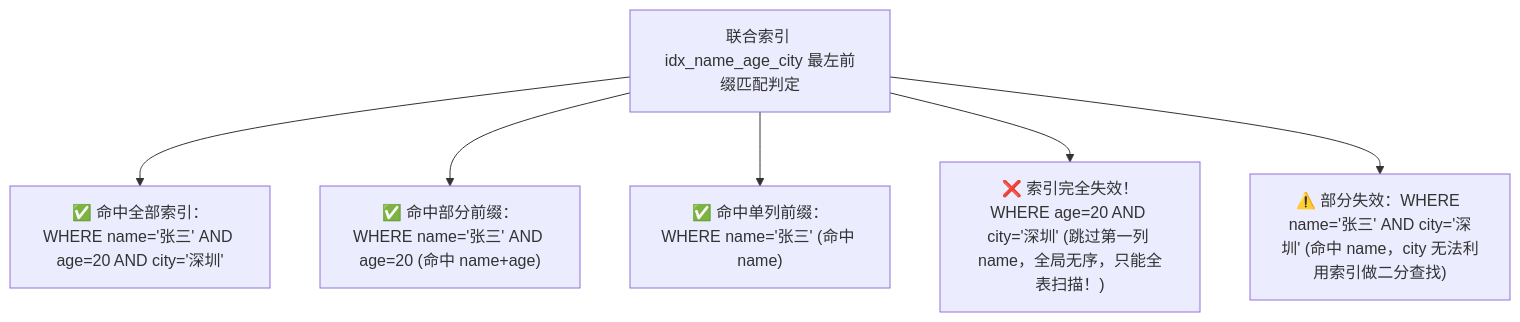
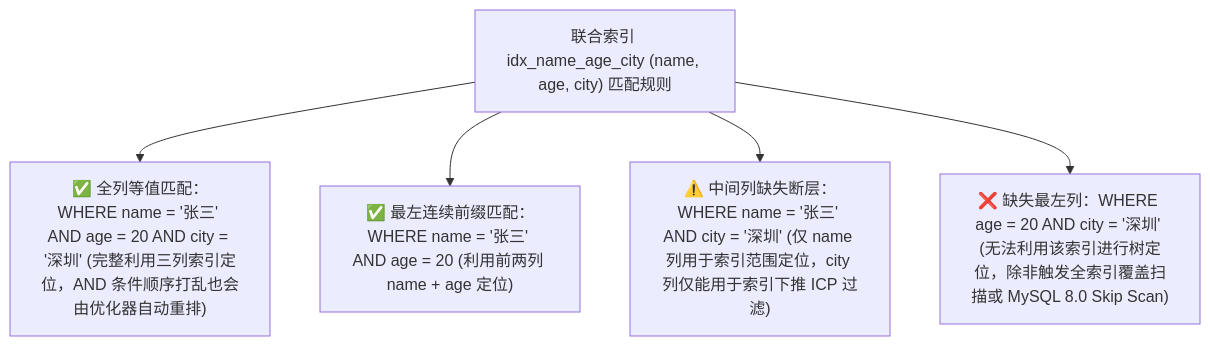
The sixth of 6 diagrams in 20-Java后端/05-数据库与存储/01-MySQL索引原理-B+树.md (GuoWWWX/knowledge-base), drawn with Mermaid before and after one commit. The commit also changed other lines of this file and 251 other files, not shown here.

````diff
--- a/20-Java后端/05-数据库与存储/01-MySQL索引原理-B+树.md
+++ b/20-Java后端/05-数据库与存储/01-MySQL索引原理-B+树.md
@@ -334,9 +245,8 @@
 ```mermaid
 flowchart TD
-    Rule["联合索引 idx_name_age_city 最左前缀匹配判定"]
-    Rule --> C1["✅ 命中全部索引：WHERE name='张三' AND age=20 AND city='深圳'"]
-    Rule --> C2["✅ 命中部分前缀：WHERE name='张三' AND age=20 (命中 name+age)"]
-    Rule --> C3["✅ 命中单列前缀：WHERE name='张三' (命中 name)"]
-    Rule --> C4["❌ 索引完全失效！WHERE age=20 AND city='深圳' (跳过第一列 name，全局无序，只能全表扫描！)"]
-    Rule --> C5["⚠️ 部分失效：WHERE name='张三' AND city='深圳' (命中 name，city 无法利用索引做二分查找)"]
+    Rule["联合索引 idx_name_age_city (name, age, city) 匹配规则"]
+    Rule --> C1["✅ 全列等值匹配：WHERE name = '张三' AND age = 20 AND city = '深圳' (完整利用三列索引定位，AND 条件顺序打乱也会由优化器自动重排)"]
+    Rule --> C2["✅ 最左连续前缀匹配：WHERE name = '张三' AND age = 20 (利用前两列 name + age 定位)"]
+    Rule --> C3["⚠️ 中间列缺失断层：WHERE name = '张三' AND city = '深圳' (仅 name 列用于索引范围定位，city 列仅能用于索引下推 ICP 过滤)"]
+    Rule --> C4["❌ 缺失最左列：WHERE age = 20 AND city = '深圳' (无法利用该索引进行树定位，除非触发全索引覆盖扫描或 MySQL 8.0 Skip Scan)"]
 ```
````
